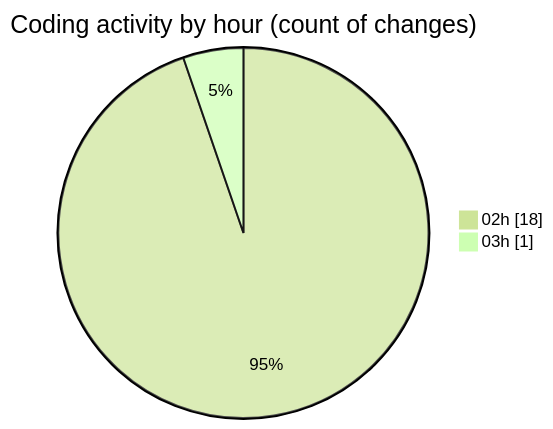
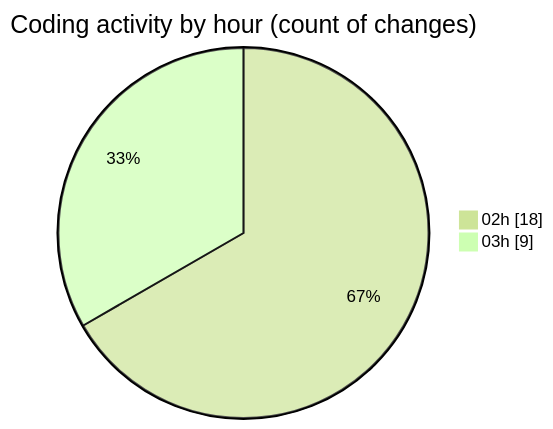
The second of 2 diagrams in 2025-07-12/shopaccv1/README.md (lephambinh05/code-tracking), drawn with Mermaid (forest theme) before and after one commit. The commit also changed other lines of this file and 1 other file, not shown here.

````diff
--- a/2025-07-12/shopaccv1/README.md
+++ b/2025-07-12/shopaccv1/README.md
@@ -39,6 +44,6 @@
 ```mermaid
 pie showData
 title Coding activity by hour (count of changes)
 "02h" : 18
-"03h" : 1
+"03h" : 9
 ```
````
